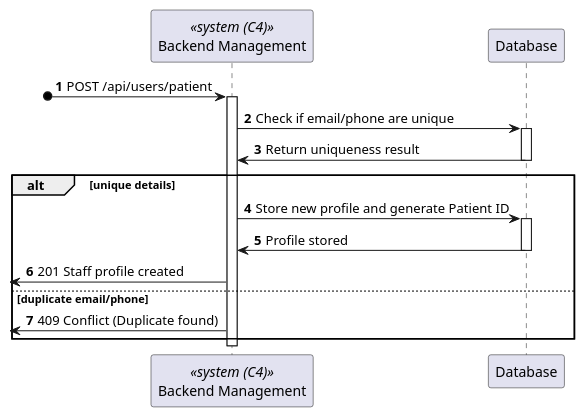
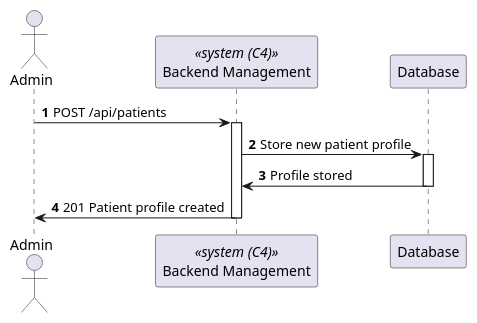
One commit to Lapr5G21/sem5pi-24-25-3ddg21 changed the diagram in docs/PatientProfileCreation/views/level3/process-view1.puml. Above: the diagram before and after it, drawn with PlantUML. The commit also changed 16 other files, not shown here.

Commit message:
Documentation Patient Profile Editing #10

```diff
--- a/docs/PatientProfileCreation/views/level3/process-view1.puml
+++ b/docs/PatientProfileCreation/views/level3/process-view1.puml
@@ -1,29 +1,18 @@
 @startuml Patient Profile Creation (level 3 - 1)
 
 autonumber
+actor Admin as "Admin"
 participant BE as "Backend Management" <<system (C4)>>
 participant DB as "Database"
 
-?o-> BE : POST /api/users/patient
+Admin-> BE : POST /api/patients
 activate BE
 
-BE -> DB : Check if email/phone are unique
-activate DB
-DB -> BE : Return uniqueness result
-deactivate DB
-
-alt unique details
-
-    BE -> DB : Store new profile and generate Patient ID
+    BE -> DB : Store new patient profile
     activate DB
     DB -> BE : Profile stored
     deactivate DB
-    <- BE : 201 Staff profile created
-else duplicate email/phone
-    <- BE : 409 Conflict (Duplicate found)
-end
-
+    BE -> Admin : 201 Patient profile created
 deactivate BE
 
-
 @enduml
```
